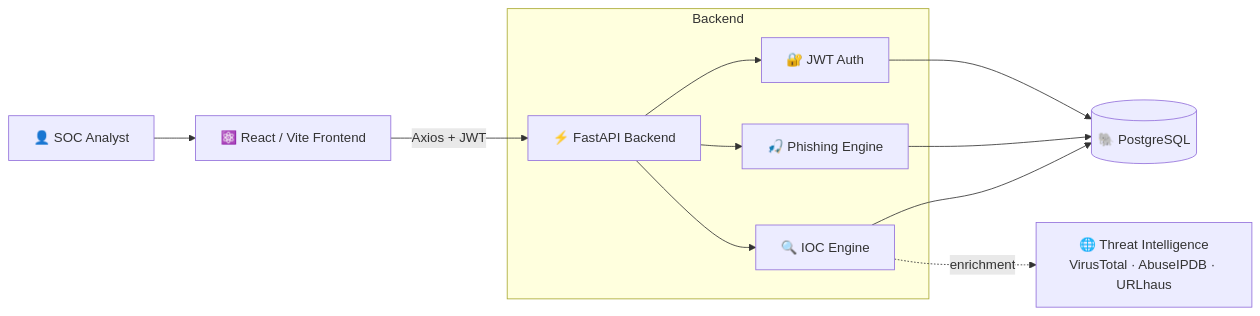
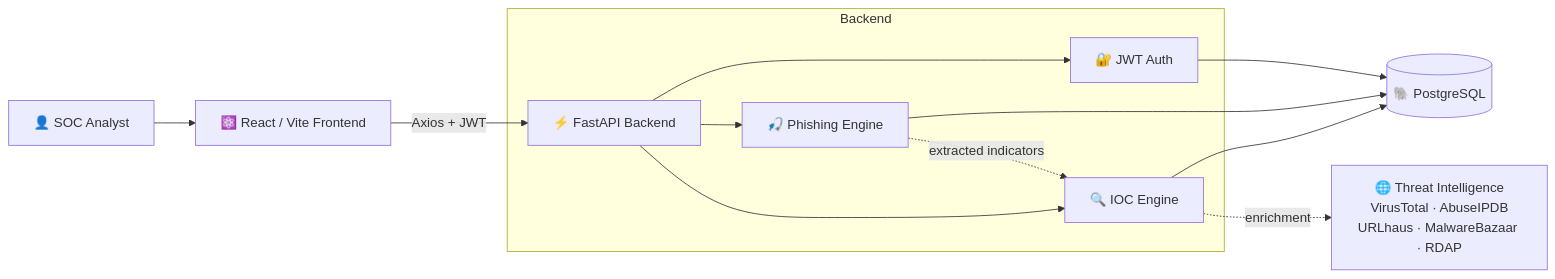
The diagram in README.md (Givemeboga/Baitway), drawn with Mermaid before and after one commit. The commit also changed other lines of this file, not shown here.

````diff
--- a/README.md
+++ b/README.md
@@ -131,17 +168,18 @@
 ```mermaid
 flowchart LR
     U[👤 SOC Analyst] --> FE[⚛️ React / Vite Frontend]
     FE -->|Axios + JWT| API[⚡ FastAPI Backend]
 
     subgraph Backend
         API --> AUTH[🔐 JWT Auth]
         API --> PH[🎣 Phishing Engine]
         API --> IOC[🔍 IOC Engine]
     end
 
     AUTH --> DB[(🐘 PostgreSQL)]
     PH --> DB
     IOC --> DB
 
-    IOC -.->|enrichment| TI[🌐 Threat Intelligence<br/>VirusTotal · AbuseIPDB · URLhaus]
+    IOC -.->|enrichment| TI[🌐 Threat Intelligence<br/>VirusTotal · AbuseIPDB<br/>URLhaus · MalwareBazaar · RDAP]
+    PH -.->|extracted indicators| IOC
 ```
````
